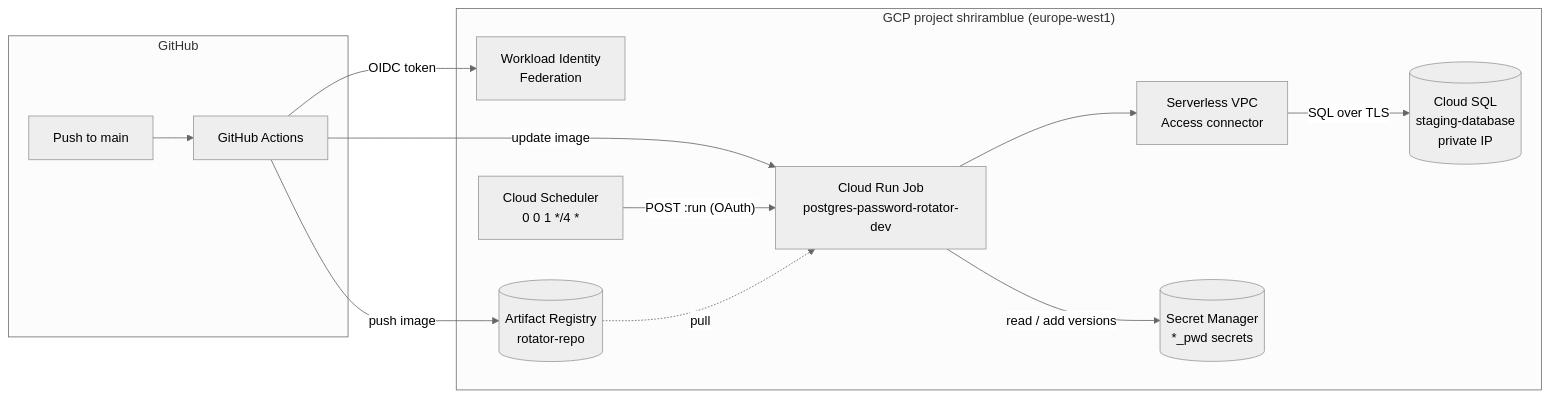
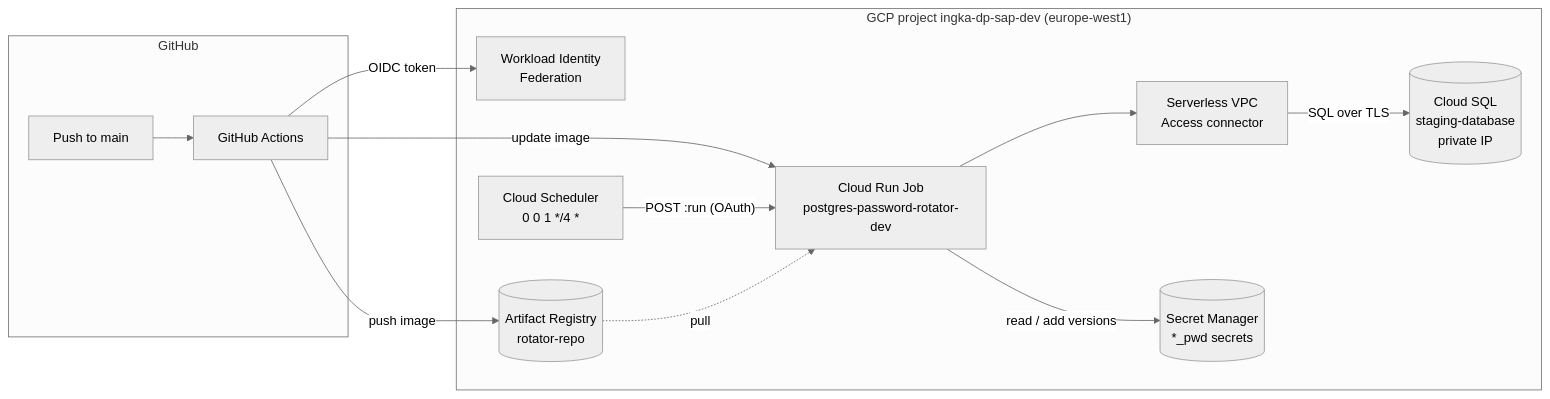
Before and after one commit to Sarank-tech/gcp-postgres-password-rotator: the first of 2 diagrams in ARCHITECTURE.md, drawn with Mermaid (neutral theme). The commit also changed other lines of this file and 6 other files, not shown here.

First line of the commit message:
config: migrate dev environment to ingka-dp-sap-dev

````diff
--- a/ARCHITECTURE.md
+++ b/ARCHITECTURE.md
@@ -17,22 +17,22 @@
 ```mermaid
 flowchart LR
     subgraph GitHub
         GH[Push to main] --> GA[GitHub Actions]
     end
-    subgraph GCP["GCP project shriramblue (europe-west1)"]
+    subgraph GCP["GCP project ingka-dp-sap-dev (europe-west1)"]
         WIF[Workload Identity<br/>Federation]
         AR[(Artifact Registry<br/>rotator-repo)]
         SCH[Cloud Scheduler<br/>0 0 1 */4 *]
         JOB[Cloud Run Job<br/>postgres-password-rotator-dev]
         VPCC[Serverless VPC<br/>Access connector]
         SQL[(Cloud SQL<br/>staging-database<br/>private IP)]
         SM[(Secret Manager<br/>*_pwd secrets)]
     end
     GA -- OIDC token --> WIF
     GA -- push image --> AR
     GA -- update image --> JOB
     SCH -- "POST :run (OAuth)" --> JOB
     AR -. pull .-> JOB
     JOB -- read / add versions --> SM
     JOB --> VPCC -- "SQL over TLS" --> SQL
 ```
````
